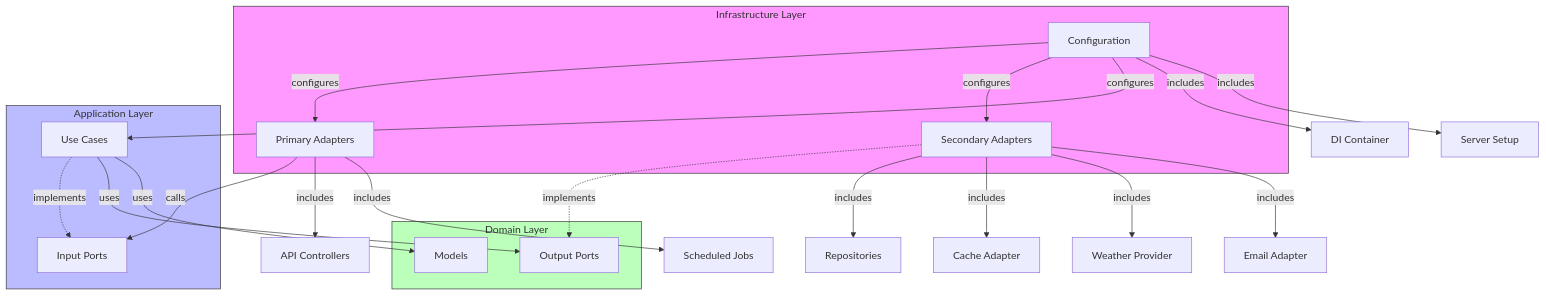
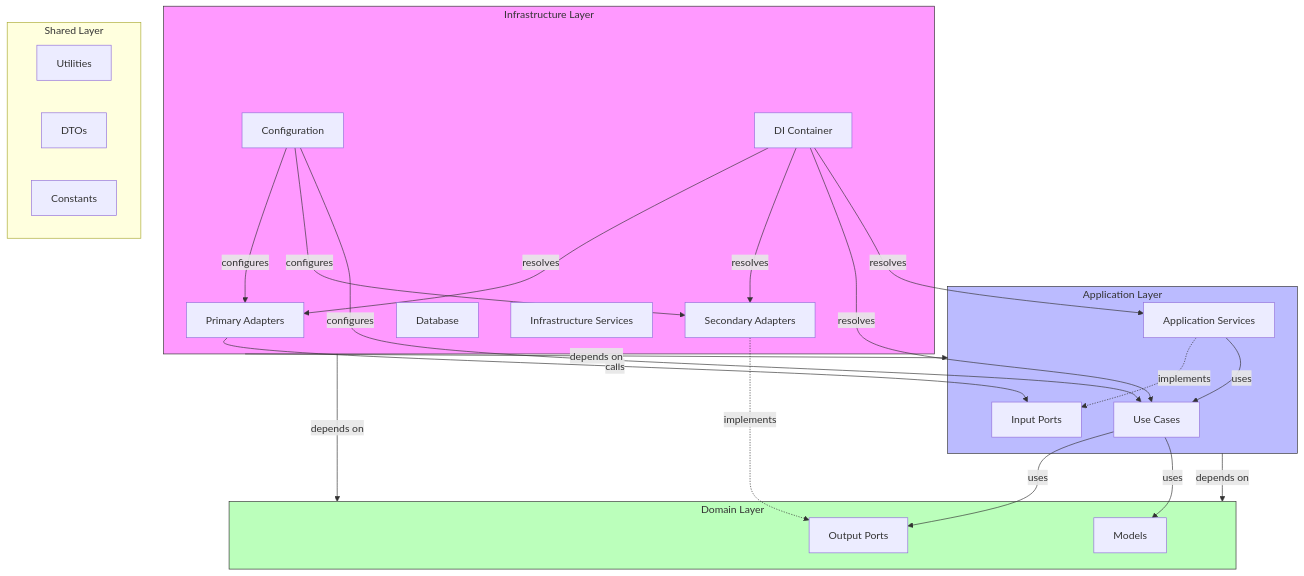
One commit to GenesisEducationKyiv/software-engineering-school-5-0-vladyslavJ changed the diagram in docs/sad/001-ports-and-adapters-architecture.md. Above: the diagram before and after it, drawn with Mermaid.

Commit message:
fix relationships in diagram

````diff
--- a/docs/sad/001-ports-and-adapters-architecture.md
+++ b/docs/sad/001-ports-and-adapters-architecture.md
@@ -41,59 +41,60 @@
 ```mermaid
 graph TD
-    subgraph InfrastructureLayer["Infrastructure Layer"]
-        PrA[Primary Adapters]
-        SecA[Secondary Adapters]
-        Config[Configuration]
+    subgraph DomainLayer["Domain Layer"]
+        Models["Models"]
+        OP["Output Ports"]
     end
 
     subgraph ApplicationLayer["Application Layer"]
-        IP[Input Ports]
-        UC[Use Cases]
+        UC["Use Cases"]
+        IP["Input Ports"]
+        AppServices["Application Services"]
     end
 
-    subgraph DomainLayer["Domain Layer"]
-        Models[Models]
-        OP[Output Ports]
+    subgraph InfrastructureLayer["Infrastructure Layer"]
+        PrA["Primary Adapters"]
+        SecA["Secondary Adapters"]
+        Config["Configuration"]
+        DB["Database"]
+        DI["DI Container"]
+        InfraServices["Infrastructure Services"]
     end
 
-    %% Primary Adapters to Application
+    subgraph SharedLayer["Shared Layer"]
+        Utils["Utilities"]
+        DTOs["DTOs"]
+        Constants["Constants"]
+    end
+
+    %% Dependencies between layers
+    InfrastructureLayer -->|"depends on"| ApplicationLayer
+    InfrastructureLayer -->|"depends on"| DomainLayer
+    ApplicationLayer -->|"depends on"| DomainLayer
+
+    %% Implementation relationships
+    AppServices -.->|"implements"| IP
+    SecA -.->|"implements"| OP
+    AppServices -->|"uses"| UC
+    UC -->|"uses"| OP
+    UC -->|"uses"| Models
     PrA -->|"calls"| IP
 
-    %% Use Cases implement Input Ports
-    UC -.->|"implements"| IP
-
-    %% Use Cases depend on Output Ports
-    UC -->|"uses"| OP
-
-    %% Use Cases use Models
-    UC -->|"uses"| Models
-
-    %% Secondary Adapters implement Output Ports
-    SecA -.->|"implements"| OP
-
-    %% Configuration wires everything
+    %% Configuration wiring
     Config -->|"configures"| PrA
     Config -->|"configures"| SecA
     Config -->|"configures"| UC
+    DI -->|"resolves"| PrA
+    DI -->|"resolves"| SecA
+    DI -->|"resolves"| UC
+    DI -->|"resolves"| AppServices
 
-    %% Show specific components
-    PrA -->|"includes"| Controllers[API Controllers]
-    PrA -->|"includes"| Jobs[Scheduled Jobs]
+    %% Styles
+    classDef domainStyle fill:#bfb,stroke:#333;
+    classDef applicationStyle fill:#bbf,stroke:#333;
+    classDef infrastructureStyle fill:#f9f,stroke:#333;
+    classDef sharedStyle fill:#ffb,stroke:#333;
 
-    SecA -->|"includes"| Repos[Repositories]
-    SecA -->|"includes"| Cache[Cache Adapter]
-    SecA -->|"includes"| Weather[Weather Provider]
-    SecA -->|"includes"| Email[Email Adapter]
-
-    Config -->|"includes"| DI[DI Container]
-    Config -->|"includes"| Server[Server Setup]
-
-    %% Стили для слоев
-    classDef infrastructureStyle fill:#f9f,stroke:#333;
-    classDef applicationStyle fill:#bbf,stroke:#333;
-    classDef domainStyle fill:#bfb,stroke:#333;
-
+    class DomainLayer domainStyle;
+    class ApplicationLayer applicationStyle;
     class InfrastructureLayer infrastructureStyle;
-    class ApplicationLayer applicationStyle;
-    class DomainLayer domainStyle;
 ```
````
